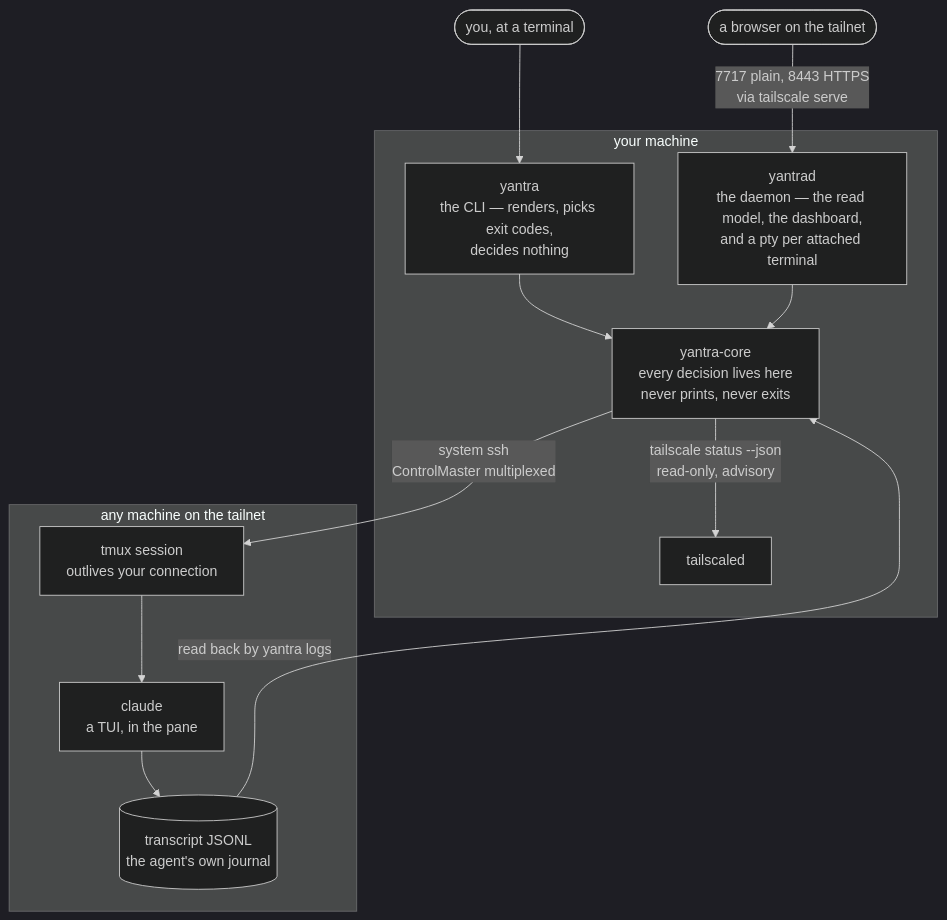
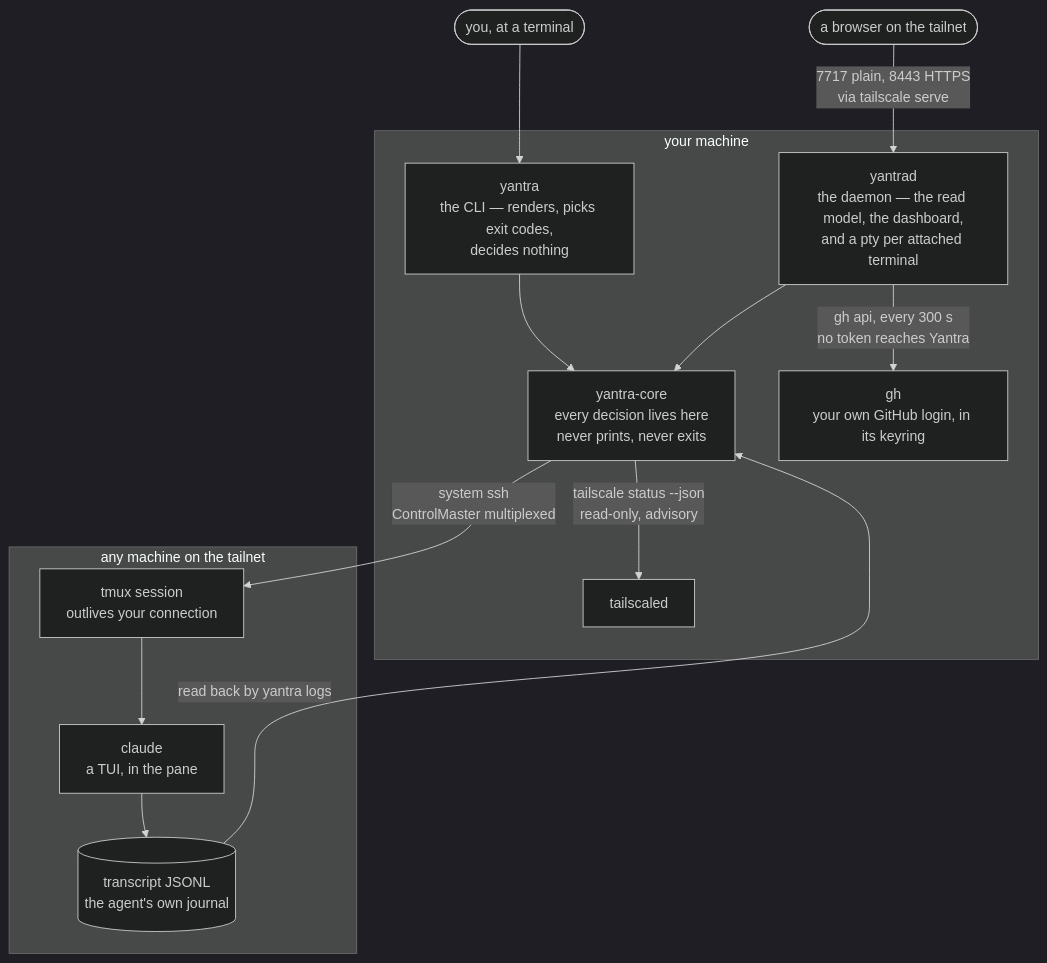
Before and after one commit to 2002Bishwajeet/yantra: the first of 7 diagrams in docs/architecture.md, drawn with Mermaid (dark theme). The commit also changed other lines of this file and 6 other files, not shown here.

````diff
--- a/docs/architecture.md
+++ b/docs/architecture.md
@@ -21,28 +21,30 @@
 ```mermaid
 flowchart TB
     you(["you, at a terminal"])
     browser(["a browser on the tailnet"])
 
     subgraph host["your machine"]
         cli["yantra<br/>the CLI — renders, picks exit codes,<br/>decides nothing"]
         daemon["yantrad<br/>the daemon — the read model, the dashboard,<br/>and a pty per attached terminal"]
         core["yantra-core<br/>every decision lives here<br/>never prints, never exits"]
         tsd["tailscaled"]
+        gh["gh<br/>your own GitHub login, in its keyring"]
     end
 
     subgraph target["any machine on the tailnet"]
         tmux["tmux session<br/>outlives your connection"]
         claude["claude<br/>a TUI, in the pane"]
         jsonl[("transcript JSONL<br/>the agent's own journal")]
     end
 
     you --> cli
     browser -->|"7717 plain, 8443 HTTPS<br/>via tailscale serve"| daemon
     cli --> core
     daemon --> core
     core -->|"system ssh<br/>ControlMaster multiplexed"| tmux
     core -->|"tailscale status --json<br/>read-only, advisory"| tsd
+    daemon -->|"gh api, every 300 s<br/>no token reaches Yantra"| gh
     tmux --> claude
     claude --> jsonl
     jsonl -->|"read back by yantra logs"| core
 ```
````
